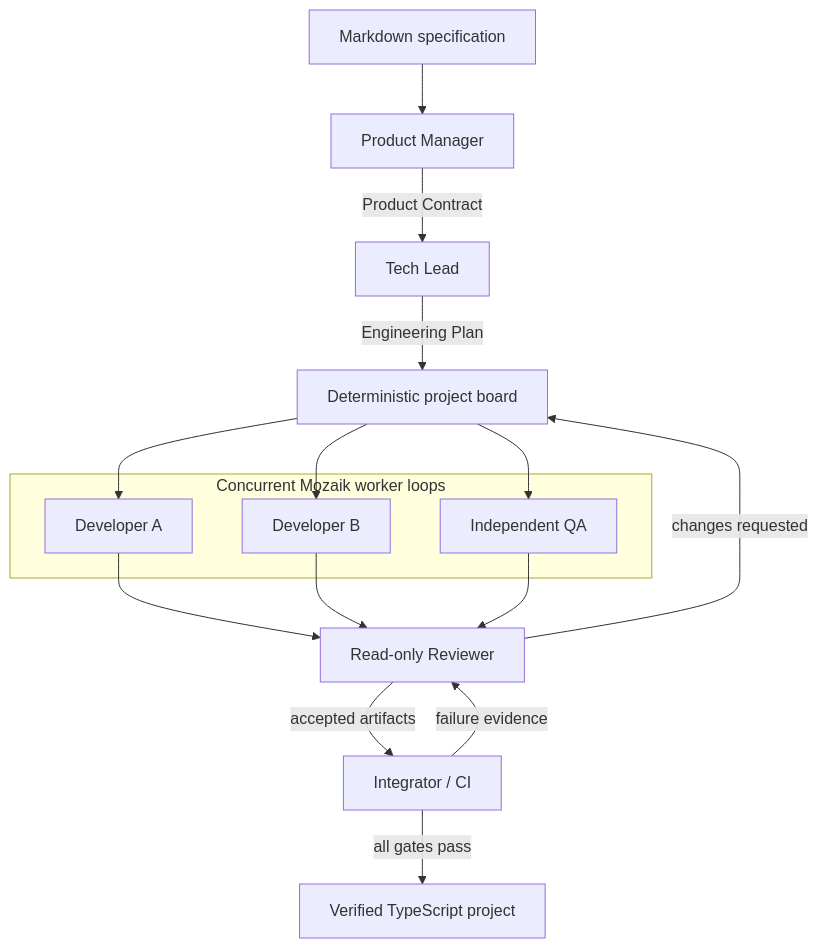
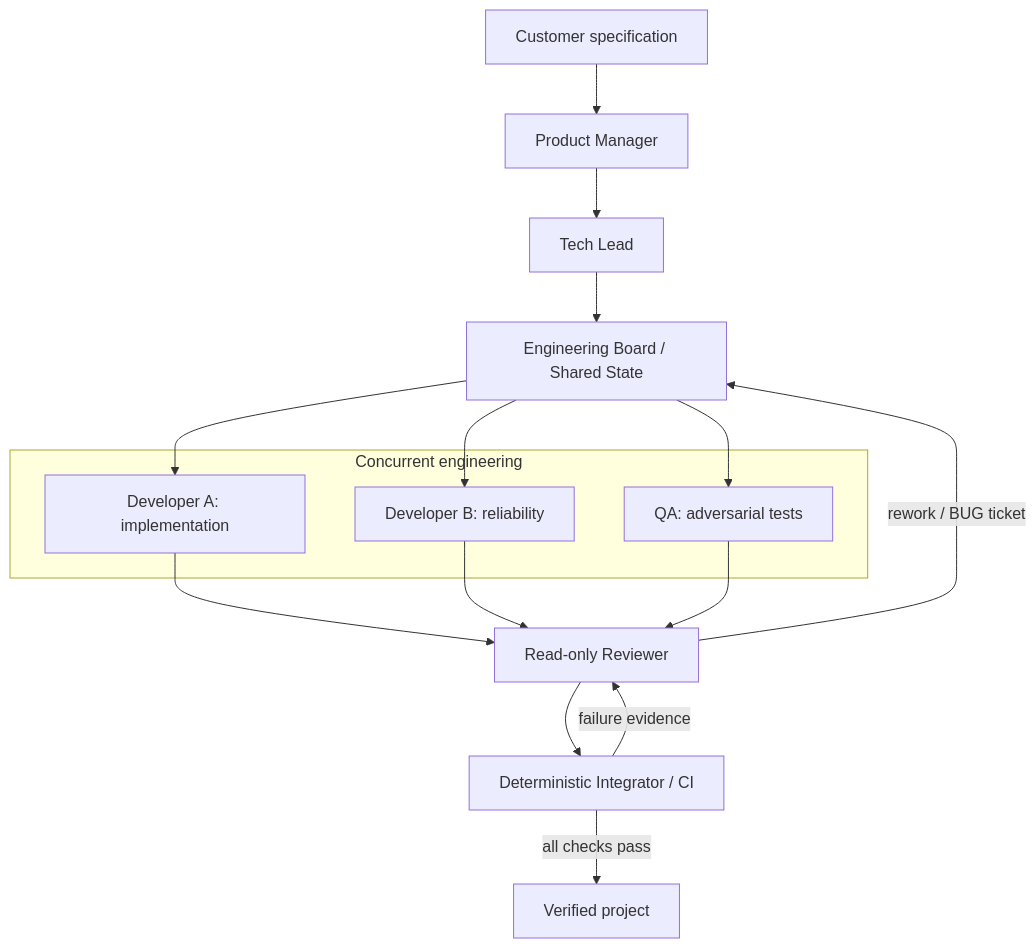
The diagram in README.md (AllForJoon/NTP_Novi_Sad_Hackathon_Software_Factory), drawn with Mermaid before and after one commit. The commit also changed other lines of this file and 65 other files, not shown here.

````diff
--- a/README.md
+++ b/README.md
@@ -89,21 +16,21 @@
 ```mermaid
 flowchart TD
-  Spec[Markdown specification] --> PM[Product Manager]
-  PM -->|Product Contract| TL[Tech Lead]
-  TL -->|Engineering Plan| Board[Deterministic project board]
-  subgraph Workers[Concurrent Mozaik worker loops]
-    A[Developer A]
-    B[Developer B]
-    QA[Independent QA]
+  Spec[Customer specification] --> PM[Product Manager]
+  PM --> Lead[Tech Lead]
+  Lead --> Board[Engineering Board / Shared State]
+  subgraph Concurrent[Concurrent engineering]
+    A[Developer A: implementation]
+    B[Developer B: reliability]
+    QA[QA: adversarial tests]
   end
   Board --> A
   Board --> B
   Board --> QA
-  A --> Review[Read-only Reviewer]
-  B --> Review
-  QA --> Review
-  Review -->|accepted artifacts| CI[Integrator / CI]
-  Review -->|changes requested| Board
-  CI -->|failure evidence| Review
-  CI -->|all gates pass| Output[Verified TypeScript project]
+  A --> Reviewer[Read-only Reviewer]
+  B --> Reviewer
+  QA --> Reviewer
+  Reviewer --> CI[Deterministic Integrator / CI]
+  Reviewer -->|rework / BUG ticket| Board
+  CI -->|failure evidence| Reviewer
+  CI -->|all checks pass| Pass[Verified project]
 ```
````
